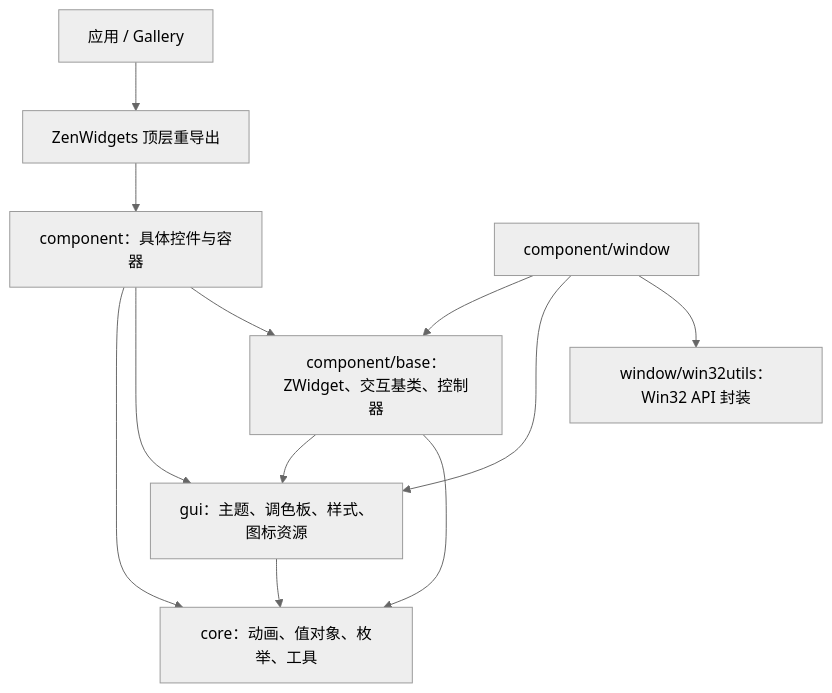
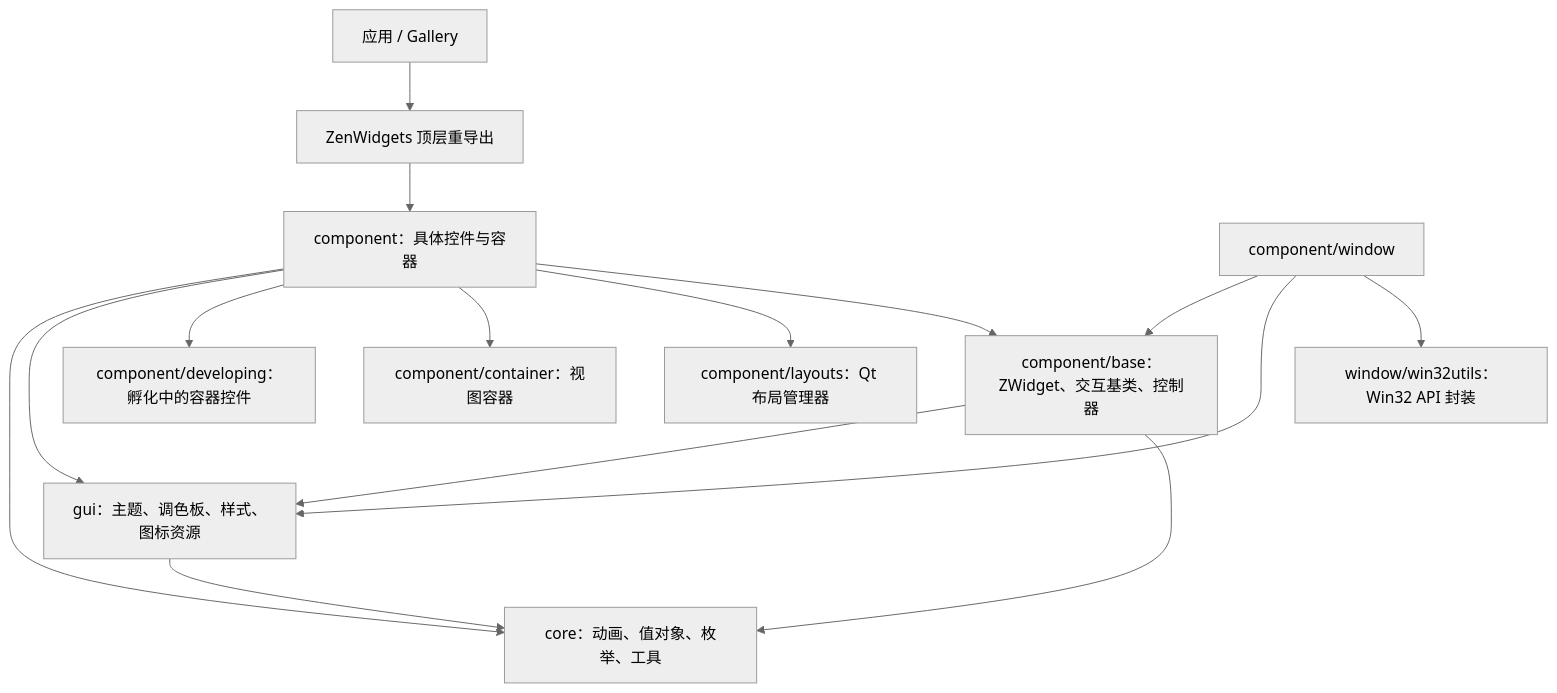
One commit to ichinoseyuu/PySide6-ZenWidgets changed the first of 3 diagrams in docs/Architecture.md. Above: the diagram before and after it, drawn with Mermaid (neutral theme). The commit also changed other lines of this file and 13 other files, not shown here.

````diff
--- a/docs/Architecture.md
+++ b/docs/Architecture.md
@@ -7,14 +7,17 @@
 ```mermaid
 flowchart TD
     App["应用 / Gallery"] --> Public["ZenWidgets 顶层重导出"]
     Public --> Components["component：具体控件与容器"]
     Components --> Base["component/base：ZWidget、交互基类、控制器"]
+    Components --> Layouts["component/layouts：Qt 布局管理器"]
+    Components --> Containers["component/container：视图容器"]
+    Components --> Developing["component/developing：孵化中的容器控件"]
     Components --> Gui["gui：主题、调色板、样式、图标资源"]
     Components --> Core["core：动画、值对象、枚举、工具"]
     Base --> Core
     Base --> Gui
     Gui --> Core
     Window["component/window"] --> Win32["window/win32utils：Win32 API 封装"]
     Window --> Gui
     Window --> Base
 ```
````
